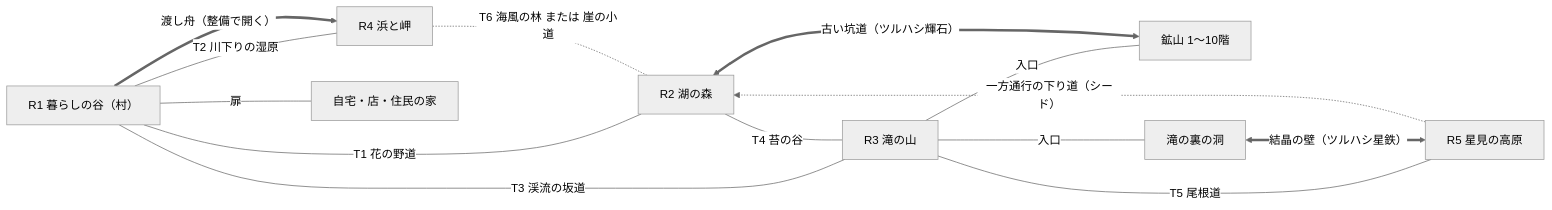
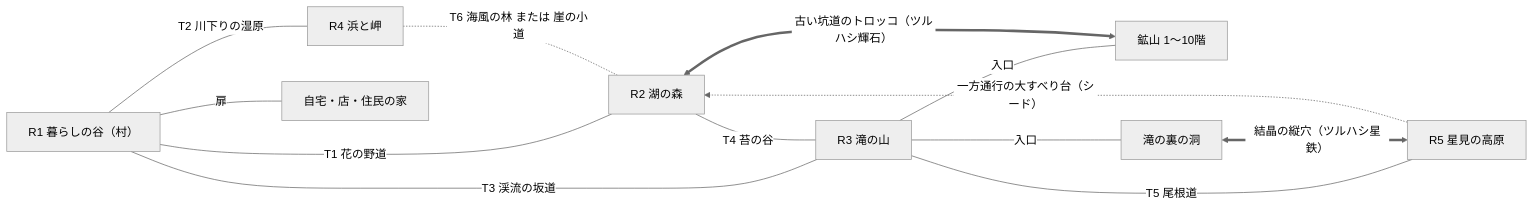
Before and after one commit to 28ftb/uchujin-no-hoshi: the diagram in Docs/Design/uchujin_no_hoshi_world_map_seed_design_v0_3.md, drawn with Mermaid (neutral theme). The commit also changed other lines of this file, not shown here.

````diff
--- a/Docs/Design/uchujin_no_hoshi_world_map_seed_design_v0_3.md
+++ b/Docs/Design/uchujin_no_hoshi_world_map_seed_design_v0_3.md
@@ -201,21 +210,20 @@
 ```mermaid
 graph LR
   V["R1 暮らしの谷（村）"]
   L["R2 湖の森"]
   M["R3 滝の山"]
   C["R4 浜と岬"]
   H["R5 星見の高原"]
   V ---|T1 花の野道| L
   V ---|T2 川下りの湿原| C
   V ---|T3 渓流の坂道| M
   L ---|T4 苔の谷| M
   M ---|T5 尾根道| H
   C -.-|T6 海風の林 または 崖の小道| L
-  H -.->|一方通行の下り道（シード）| L
+  H -.->|一方通行の大すべり台（シード）| L
   M ---|入口| Mine["鉱山 1〜10階"]
   M ---|入口| Cave["滝の裏の洞"]
   V ---|扉| In["自宅・店・住民の家"]
-  V ==>|渡し舟（整備で開く）| C
-  Mine <==>|古い坑道（ツルハシ輝石）| L
-  Cave <==>|結晶の壁（ツルハシ星鉄）| H
+  Mine <==>|古い坑道のトロッコ（ツルハシ輝石）| L
+  Cave <==>|結晶の縦穴（ツルハシ星鉄）| H
 ```
````
